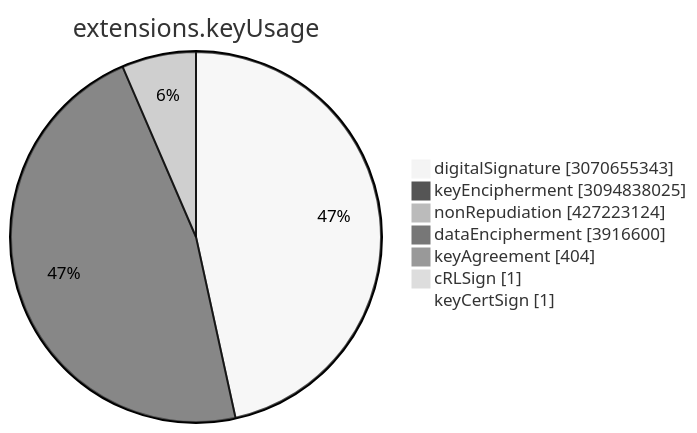
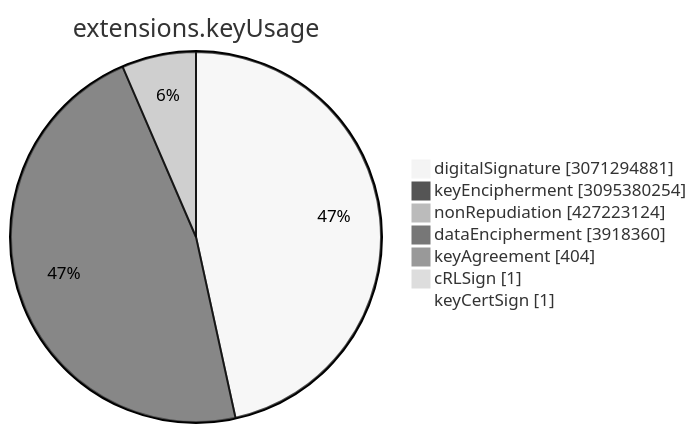
Before and after one commit to christiankrug/ctmonitor_visualization: the sixth of 15 diagrams in TOTAL/README.md, drawn with Mermaid (neutral theme). The commit also changed other lines of this file, not shown here.

````diff
--- a/TOTAL/README.md
+++ b/TOTAL/README.md
@@ -3077,11 +3077,11 @@
 ```mermaid
 pie showData
 title extensions.keyUsage
-"digitalSignature" :3070655343
-"keyEncipherment" :3094838025
+"digitalSignature" :3071294881
+"keyEncipherment" :3095380254
 "nonRepudiation" :427223124
-"dataEncipherment" :3916600
+"dataEncipherment" :3918360
 "keyAgreement" :404
 "cRLSign" :1
 "keyCertSign" :1
 ```
````
